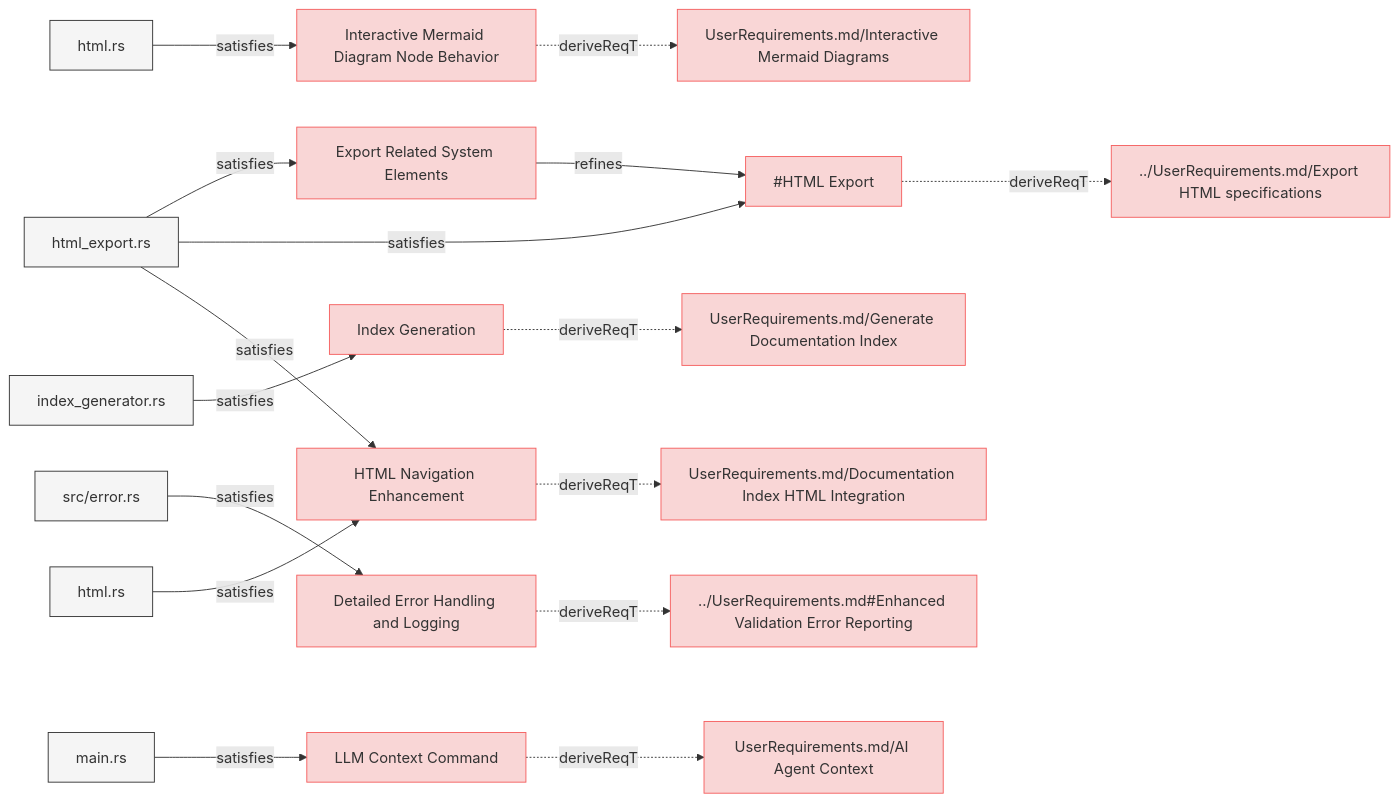
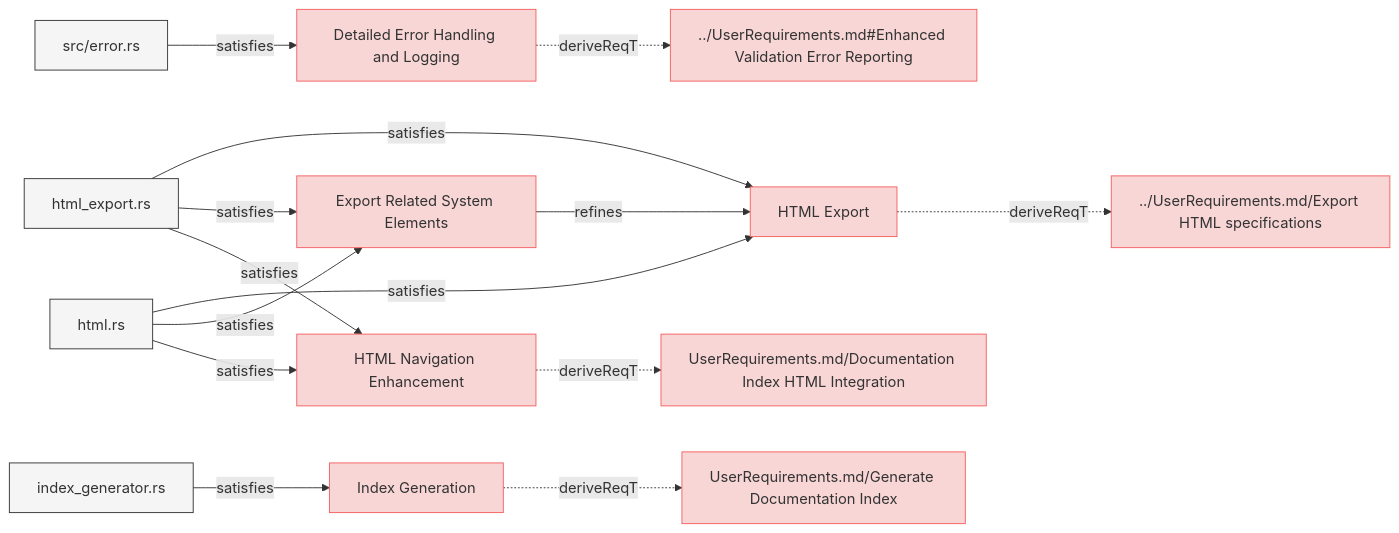
One commit to reqvire-org/reqvire changed the third of 8 diagrams in specifications/SystemRequirements/Requirements.md. Above: the diagram before and after it, drawn with Mermaid. The commit also changed other lines of this file and 37 other files, not shown here.

Commit message:
Allow diagrams with blobs links when configured.

````diff
--- a/specifications/SystemRequirements/Requirements.md
+++ b/specifications/SystemRequirements/Requirements.md
@@ -287,81 +289,61 @@
 ```mermaid
 graph LR;
   %% Graph styling
   classDef requirement fill:#f9d6d6,stroke:#f55f5f,stroke-width:1px;
   classDef verification fill:#d6f9d6,stroke:#5fd75f,stroke-width:1px;
   classDef externalLink fill:#d0e0ff,stroke:#3080ff,stroke-width:1px;
   classDef default fill:#f5f5f5,stroke:#333333,stroke-width:1px;
 
-  1fa02ea7ed4b2adb["Export Related System Elements"];
-  click 1fa02ea7ed4b2adb "Requirements.md#export-related-system-elements";
-  class 1fa02ea7ed4b2adb requirement;
-  a2b1d4ec64cbd441["#HTML Export"];
-  class a2b1d4ec64cbd441 requirement;
-  click a2b1d4ec64cbd441 "Requirements.md#html-export";
-  1fa02ea7ed4b2adb -->|refines| a2b1d4ec64cbd441;
-  5dbf1a3141d3defb["html_export.rs"];
-  class 5dbf1a3141d3defb default;
-  click 5dbf1a3141d3defb "../../core/src/html_export.rs";
-  5dbf1a3141d3defb -->|satisfies| 1fa02ea7ed4b2adb;
-  d9686a154fe87b2["../UserRequirements.md/Export HTML specifications"];
-  class d9686a154fe87b2 requirement;
-  click d9686a154fe87b2 "../UserRequirements.md#export-html-specifications";
-  a2b1d4ec64cbd441 -.->|deriveReqT| d9686a154fe87b2;
-  5dbf1a3141d3defb -->|satisfies| a2b1d4ec64cbd441;
-  a17b8052345712d7["Interactive Mermaid Diagram Node Behavior"];
-  click a17b8052345712d7 "Requirements.md#interactive-mermaid-diagram-node-behavior";
-  class a17b8052345712d7 requirement;
-  b8997351b6f34048["UserRequirements.md/Interactive Mermaid Diagrams"];
-  class b8997351b6f34048 requirement;
-  click b8997351b6f34048 "../UserRequirements.md#interactive-mermaid-diagrams";
-  a17b8052345712d7 -.->|deriveReqT| b8997351b6f34048;
-  95f7dce6aff47396["html.rs"];
-  class 95f7dce6aff47396 default;
-  click 95f7dce6aff47396 "../../core/src/diagrams.rs";
-  95f7dce6aff47396 -->|satisfies| a17b8052345712d7;
-  3b4bfa0725509a0e["Index Generation"];
-  click 3b4bfa0725509a0e "Requirements.md#index-generation";
-  class 3b4bfa0725509a0e requirement;
-  9019be8bfdc22b35["UserRequirements.md/Generate Documentation Index"];
-  class 9019be8bfdc22b35 requirement;
-  click 9019be8bfdc22b35 "../UserRequirements.md#generate-documentation-index";
-  3b4bfa0725509a0e -.->|deriveReqT| 9019be8bfdc22b35;
-  3461f4a59371fd45["index_generator.rs"];
-  class 3461f4a59371fd45 default;
-  click 3461f4a59371fd45 "../../core/src/index_generator.rs";
-  3461f4a59371fd45 -->|satisfies| 3b4bfa0725509a0e;
-  d72f6096b9a5dd8e["Detailed Error Handling and Logging"];
-  click d72f6096b9a5dd8e "Requirements.md#detailed-error-handling-and-logging";
-  class d72f6096b9a5dd8e requirement;
-  3d2fe0b05ff9c8e3["../UserRequirements.md#Enhanced Validation Error Reporting"];
-  class 3d2fe0b05ff9c8e3 requirement;
-  click 3d2fe0b05ff9c8e3 "../UserRequirements.md#enhanced-validation-error-reporting";
-  d72f6096b9a5dd8e -.->|deriveReqT| 3d2fe0b05ff9c8e3;
-  af1374ae222fbd72["src/error.rs"];
-  class af1374ae222fbd72 default;
-  click af1374ae222fbd72 "../../core/src/error.rs";
-  af1374ae222fbd72 -->|satisfies| d72f6096b9a5dd8e;
-  1550bb73b8029cb["HTML Navigation Enhancement"];
-  click 1550bb73b8029cb "Requirements.md#html-navigation-enhancement";
-  class 1550bb73b8029cb requirement;
-  b5146db7aedfd66["UserRequirements.md/Documentation Index HTML Integration"];
-  class b5146db7aedfd66 requirement;
-  click b5146db7aedfd66 "../UserRequirements.md#documentation-index-html-integration";
-  1550bb73b8029cb -.->|deriveReqT| b5146db7aedfd66;
-  59e3b5b3087497da["html.rs"];
-  class 59e3b5b3087497da default;
-  click 59e3b5b3087497da "../../core/src/html.rs";
-  59e3b5b3087497da -->|satisfies| 1550bb73b8029cb;
-  5dbf1a3141d3defb -->|satisfies| 1550bb73b8029cb;
-  d177913fffd1ed11["LLM Context Command"];
-  click d177913fffd1ed11 "Requirements.md#llm-context-command";
-  class d177913fffd1ed11 requirement;
-  7fd9156eac77c270["UserRequirements.md/AI Agent Context"];
-  class 7fd9156eac77c270 requirement;
-  click 7fd9156eac77c270 "../UserRequirements.md#ai-agent-context";
-  d177913fffd1ed11 -.->|deriveReqT| 7fd9156eac77c270;
-  615a0f4ad2620118["main.rs"];
-  class 615a0f4ad2620118 default;
-  click 615a0f4ad2620118 "../../cli/src/main.rs";
-  615a0f4ad2620118 -->|satisfies| d177913fffd1ed11;
+  4ecd49d71920c1fc["Detailed Error Handling and Logging"];
+  click 4ecd49d71920c1fc "specifications/SystemRequirements/Requirements.md#detailed-error-handling-and-logging#detailed-error-handling-and-logging";
+  class 4ecd49d71920c1fc requirement;
+  3b10b8811daaed67["../UserRequirements.md#Enhanced Validation Error Reporting"];
+  class 3b10b8811daaed67 requirement;
+  click 3b10b8811daaed67 "specifications/UserRequirements.md#enhanced-validation-error-reporting#enhanced-validation-error-reporting";
+  4ecd49d71920c1fc -.->|deriveReqT| 3b10b8811daaed67;
+  a581221890d15c0c["src/error.rs"];
+  class a581221890d15c0c default;
+  click a581221890d15c0c "core/src/error.rs";
+  a581221890d15c0c -->|satisfies| 4ecd49d71920c1fc;
+  5deb63503bdf77c["HTML Export"];
+  click 5deb63503bdf77c "specifications/SystemRequirements/Requirements.md#html-export#html-export";
+  class 5deb63503bdf77c requirement;
+  a4c40962cac85d0c["../UserRequirements.md/Export HTML specifications"];
+  class a4c40962cac85d0c requirement;
+  click a4c40962cac85d0c "specifications/UserRequirements.md#export-html-specifications#export-html-specifications";
+  5deb63503bdf77c -.->|deriveReqT| a4c40962cac85d0c;
+  c3d63c5d4133e346["html_export.rs"];
+  class c3d63c5d4133e346 default;
+  click c3d63c5d4133e346 "core/src/html_export.rs";
+  c3d63c5d4133e346 -->|satisfies| 5deb63503bdf77c;
+  d0e6cc47b904faa5["html.rs"];
+  class d0e6cc47b904faa5 default;
+  click d0e6cc47b904faa5 "core/src/html.rs";
+  d0e6cc47b904faa5 -->|satisfies| 5deb63503bdf77c;
+  5ffd0c57f51e3b22["Export Related System Elements"];
+  click 5ffd0c57f51e3b22 "specifications/SystemRequirements/Requirements.md#export-related-system-elements#export-related-system-elements";
+  class 5ffd0c57f51e3b22 requirement;
+  5ffd0c57f51e3b22 -->|refines| 5deb63503bdf77c;
+  c3d63c5d4133e346 -->|satisfies| 5ffd0c57f51e3b22;
+  d0e6cc47b904faa5 -->|satisfies| 5ffd0c57f51e3b22;
+  c1851df0c89e80f8["HTML Navigation Enhancement"];
+  click c1851df0c89e80f8 "specifications/SystemRequirements/Requirements.md#html-navigation-enhancement#html-navigation-enhancement";
+  class c1851df0c89e80f8 requirement;
+  84b3d0502132adb5["UserRequirements.md/Documentation Index HTML Integration"];
+  class 84b3d0502132adb5 requirement;
+  click 84b3d0502132adb5 "specifications/UserRequirements.md#documentation-index-html-integration#documentation-index-html-integration";
+  c1851df0c89e80f8 -.->|deriveReqT| 84b3d0502132adb5;
+  d0e6cc47b904faa5 -->|satisfies| c1851df0c89e80f8;
+  c3d63c5d4133e346 -->|satisfies| c1851df0c89e80f8;
+  a21995894299effb["Index Generation"];
+  click a21995894299effb "specifications/SystemRequirements/Requirements.md#index-generation#index-generation";
+  class a21995894299effb requirement;
+  c2b6c74b77726ad9["UserRequirements.md/Generate Documentation Index"];
+  class c2b6c74b77726ad9 requirement;
+  click c2b6c74b77726ad9 "specifications/UserRequirements.md#generate-documentation-index#generate-documentation-index";
+  a21995894299effb -.->|deriveReqT| c2b6c74b77726ad9;
+  1a173441705701a0["index_generator.rs"];
+  class 1a173441705701a0 default;
+  click 1a173441705701a0 "core/src/index_generator.rs";
+  1a173441705701a0 -->|satisfies| a21995894299effb;
 ```
````
